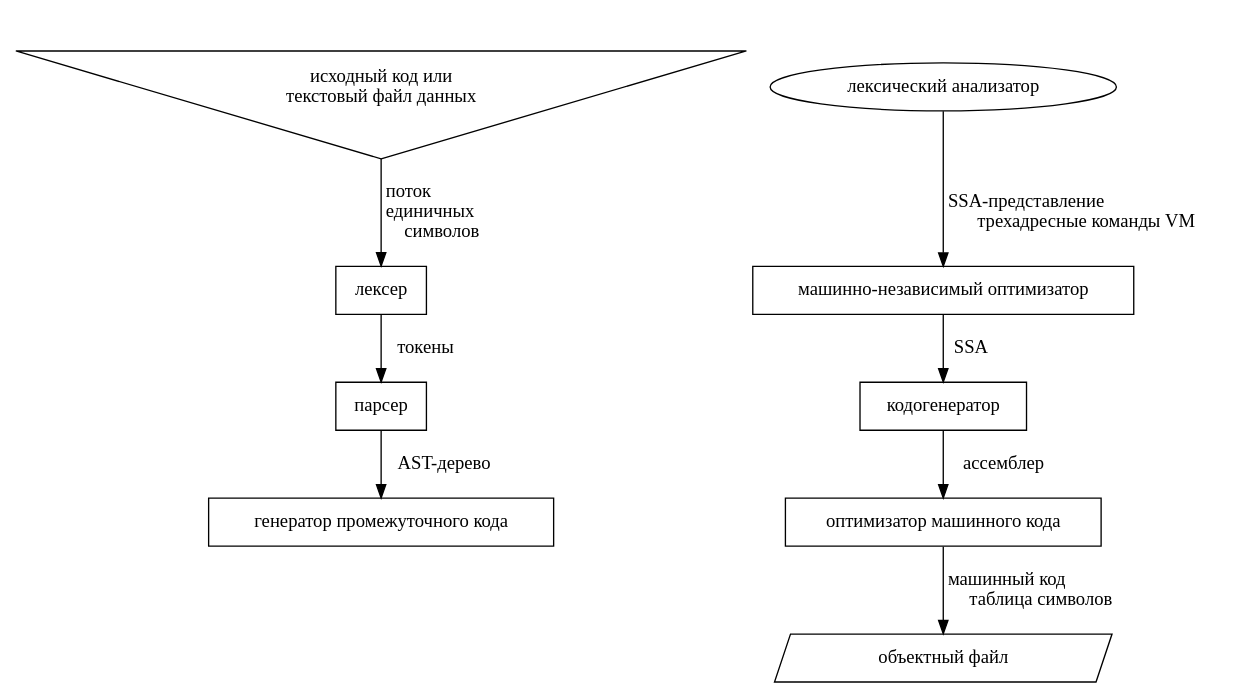
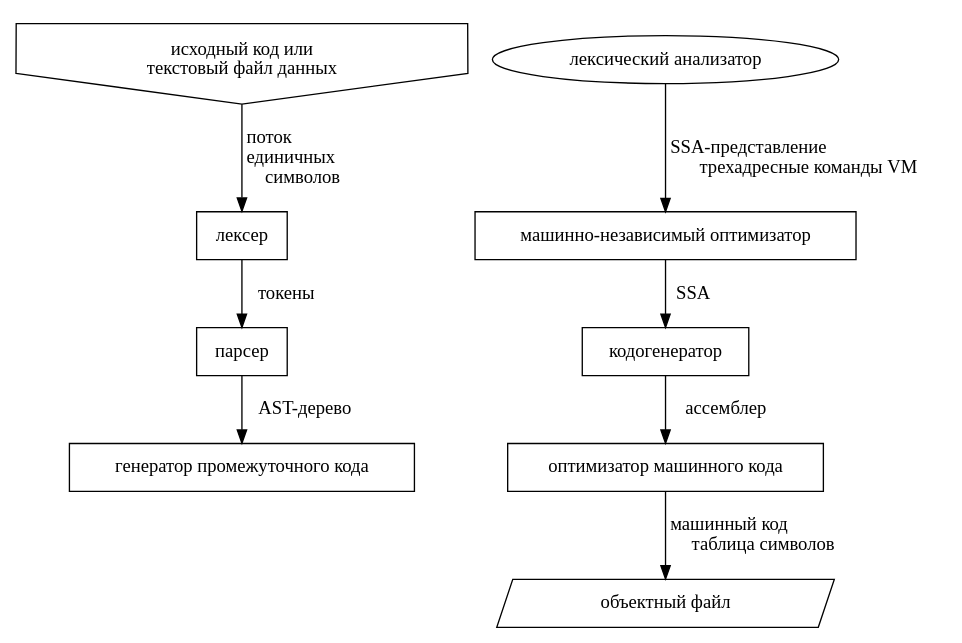
One commit to ponyatov/lexman changed the diagram in fig/compiler1.dot. Above: the diagram before and after it, drawn with Graphviz. The commit also changed 10 other files, not shown here.

```diff
--- a/fig/compiler1.dot
+++ b/fig/compiler1.dot
@@ -1,35 +1,37 @@
 digraph {
 
 subgraph frontend {
 
+shape=box;
+
 label="лексический анализатор"; shape=box; style=filled; color=blue;
 
-"исходный код или\nтекстовый файл данных" [shape=invtriangle];
+"исходный код или\nтекстовый файл данных" [shape=invhouse];
 "лексер" [shape=box];
 "парсер" [shape=box];
 "генератор промежуточного кода" [shape=box];
 
 "исходный код или\nтекстовый файл данных" -> "лексер"
 [label="  поток\l  единичных\lсимволов"];
  "лексер" -> "парсер" [label="  токены"];
  "парсер" -> "генератор промежуточного кода" [label="  AST-дерево"];
  
 }
 
 subgraph backend {
 
 "машинно-независимый оптимизатор" [shape=box];
 "кодогенератор" [shape=box];
 "оптимизатор машинного кода" [shape=box];
 "объектный файл" [shape=polygon,sides=4,skew=.1];
 
  "лексический анализатор" -> "машинно-независимый оптимизатор"
  [label="  SSA-представление\l  трехадресные команды VM"];
  "машинно-независимый оптимизатор" -> "кодогенератор" [label="  SSA"];
  "кодогенератор" -> "оптимизатор машинного кода"[label="  ассемблер"];
  "оптимизатор машинного кода" -> "объектный файл"
  [label="  машинный код\l  таблица символов"];
  
 }
 
 }
```
